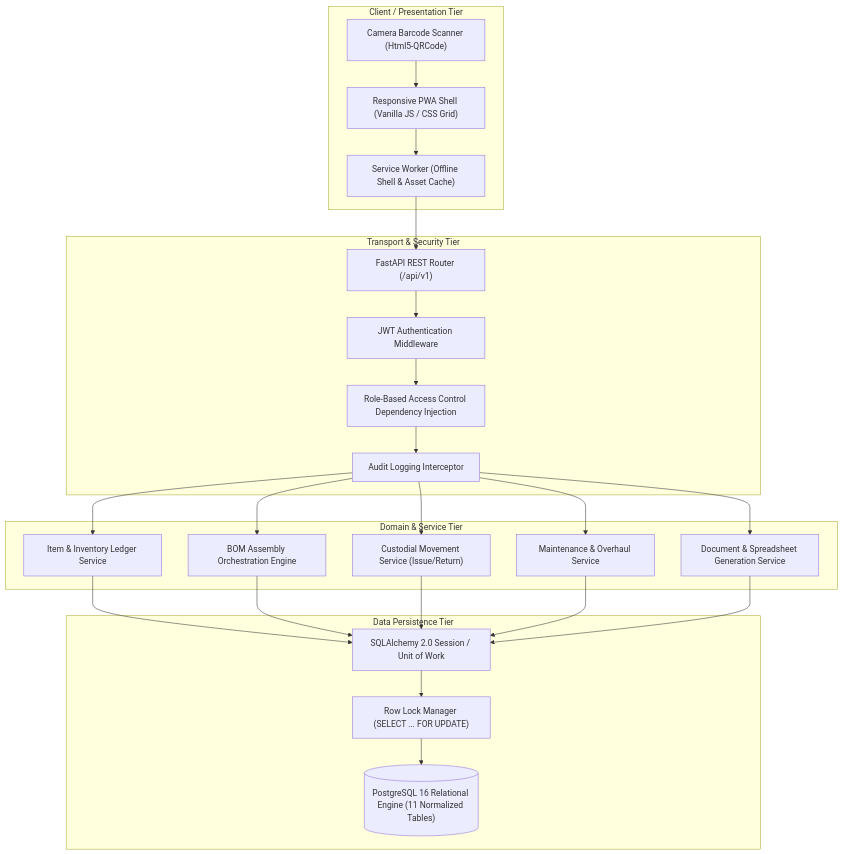
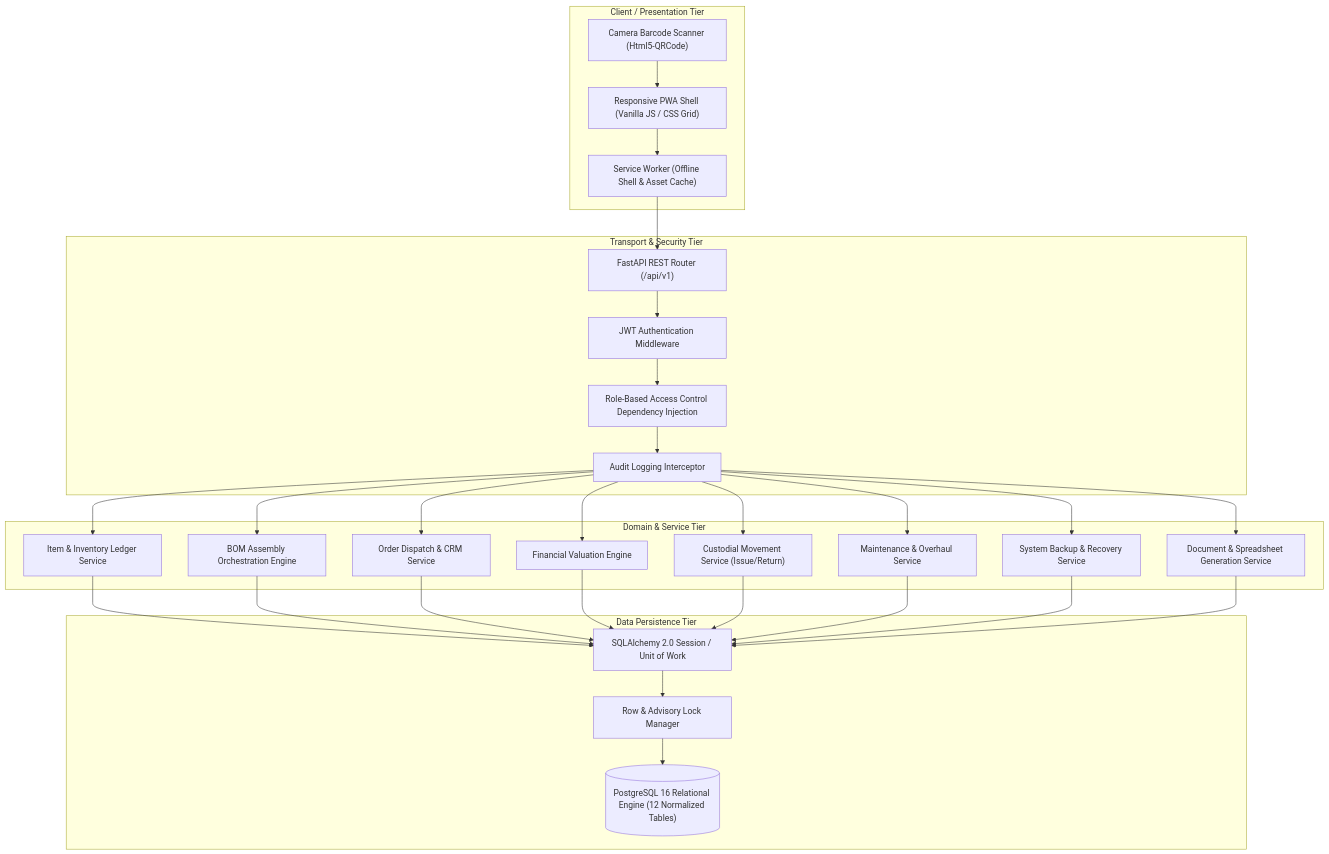
One commit to kravaiv/Deus_Drones_Public changed the first of 4 diagrams in ARCHITECTURE.md. Above: the diagram before and after it, drawn with Mermaid. The commit also changed other lines of this file and 3 other files, not shown here.

First line of the commit message:
docs(spec): align architecture and traceability specs with v2.1

````diff
--- a/ARCHITECTURE.md
+++ b/ARCHITECTURE.md
@@ -22,48 +22,57 @@
 ```mermaid
 graph TD
     subgraph Presentation [Client / Presentation Tier]
         PWA["Responsive PWA Shell (Vanilla JS / CSS Grid)"]
         SW["Service Worker (Offline Shell & Asset Cache)"]
         Scanner["Camera Barcode Scanner (Html5-QRCode)"]
     end
 
     subgraph Transport [Transport & Security Tier]
         FastAPI["FastAPI REST Router (/api/v1)"]
         OAuth["JWT Authentication Middleware"]
         RBAC["Role-Based Access Control Dependency Injection"]
         AuditMW["Audit Logging Interceptor"]
     end
 
     subgraph Domain [Domain & Service Tier]
         ItemService["Item & Inventory Ledger Service"]
         BOMService["BOM Assembly Orchestration Engine"]
+        OrderService["Order Dispatch & CRM Service"]
+        FinService["Financial Valuation Engine"]
         CustodyService["Custodial Movement Service (Issue/Return)"]
         RepairService["Maintenance & Overhaul Service"]
+        BackupService["System Backup & Recovery Service"]
         ExportService["Document & Spreadsheet Generation Service"]
     end
 
     subgraph Persistence [Data Persistence Tier]
         UnitOfWork["SQLAlchemy 2.0 Session / Unit of Work"]
-        Locking["Row Lock Manager (SELECT ... FOR UPDATE)"]
-        PostgreSQL[("PostgreSQL 16 Relational Engine (11 Normalized Tables)")]
+        Locking["Row & Advisory Lock Manager"]
+        PostgreSQL[("PostgreSQL 16 Relational Engine (12 Normalized Tables)")]
     end
 
     PWA --> SW
     Scanner --> PWA
     SW --> FastAPI
     FastAPI --> OAuth
     OAuth --> RBAC
     RBAC --> AuditMW
     AuditMW --> ItemService
     AuditMW --> BOMService
+    AuditMW --> OrderService
+    AuditMW --> FinService
     AuditMW --> CustodyService
     AuditMW --> RepairService
+    AuditMW --> BackupService
     AuditMW --> ExportService
     ItemService --> UnitOfWork
     BOMService --> UnitOfWork
+    OrderService --> UnitOfWork
+    FinService --> UnitOfWork
     CustodyService --> UnitOfWork
     RepairService --> UnitOfWork
+    BackupService --> UnitOfWork
     ExportService --> UnitOfWork
     UnitOfWork --> Locking
     Locking --> PostgreSQL
 ```
````
